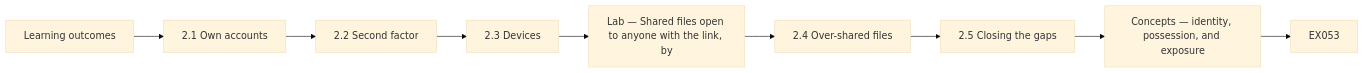
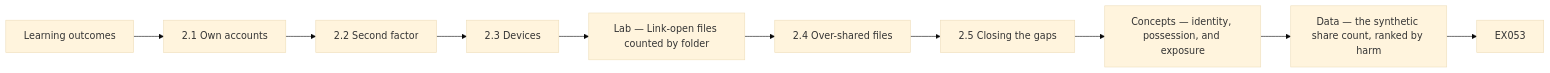
Before and after one commit to hiagokinlevi/CyKin: the second of 2 diagrams in levels/rapid-1-month/information-security/en/book/MANUSCRIPT.md, drawn with Mermaid (base theme). The commit also changed other lines of this file and 1 other file, not shown here.

````diff
--- a/levels/rapid-1-month/information-security/en/book/MANUSCRIPT.md
+++ b/levels/rapid-1-month/information-security/en/book/MANUSCRIPT.md
@@ -25,12 +26,13 @@
 ```mermaid
 flowchart LR
   N0["Learning outcomes"]
   N1["2.1 Own accounts"]
   N2["2.2 Second factor"]
   N3["2.3 Devices"]
-  N4["Lab — Shared files open to anyone with the link, by"]
+  N4["Lab — Link-open files counted by folder"]
   N5["2.4 Over-shared files"]
   N6["2.5 Closing the gaps"]
   N7["Concepts — identity, possession, and exposure"]
-  N0 --> N1 --> N2 --> N3 --> N4 --> N5 --> N6 --> N7 --> Q["EX053"]
+  N8["Data — the synthetic share count, ranked by harm"]
+  N0 --> N1 --> N2 --> N3 --> N4 --> N5 --> N6 --> N7 --> N8 --> Q["EX053"]
 ```
````
